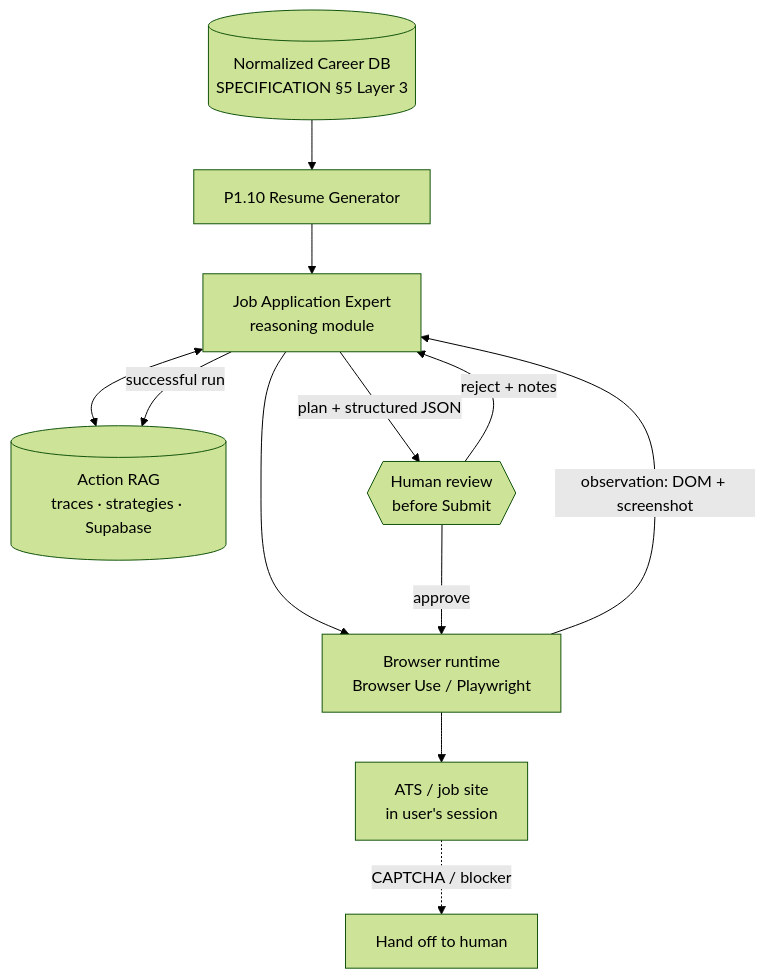
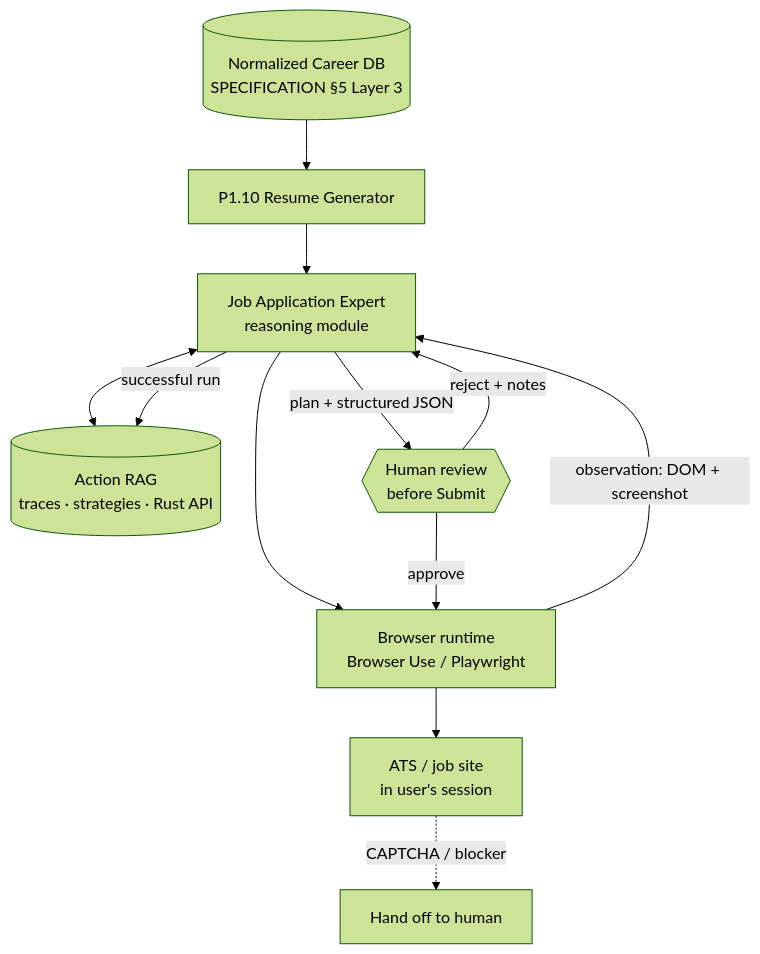
One commit to PyTorchPH/pytorchph.github.io changed the first of 8 diagrams in docs/JOB-APPLICATION-AGENT.md. Above: the diagram before and after it, drawn with Mermaid (forest theme). The commit also changed other lines of this file and 25 other files, not shown here.

Commit message:
docs: describe the Rust API instead of Supabase

````diff
--- a/docs/JOB-APPLICATION-AGENT.md
+++ b/docs/JOB-APPLICATION-AGENT.md
@@ -56,14 +56,14 @@
 ```mermaid
 flowchart TD
     NCD[(Normalized Career DB<br/>SPECIFICATION §5 Layer 3)] --> RG[P1.10 Resume Generator]
     RG --> JAE[Job Application Expert<br/>reasoning module]
-    JAE <--> RAG[(Action RAG<br/>traces · strategies · Supabase)]
+    JAE <--> RAG[(Action RAG<br/>traces · strategies · Rust API)]
     JAE --> BR[Browser runtime<br/>Browser Use / Playwright]
     BR --> SITE[ATS / job site<br/>in user's session]
     BR -->|observation: DOM + screenshot| JAE
     JAE -->|"plan + structured JSON"| HITL{{Human review<br/>before Submit}}
     HITL -->|approve| BR
     HITL -->|reject + notes| JAE
     SITE -. CAPTCHA / blocker .-> HANDOFF[Hand off to human]
     JAE -->|successful run| RAG
 ```
````
